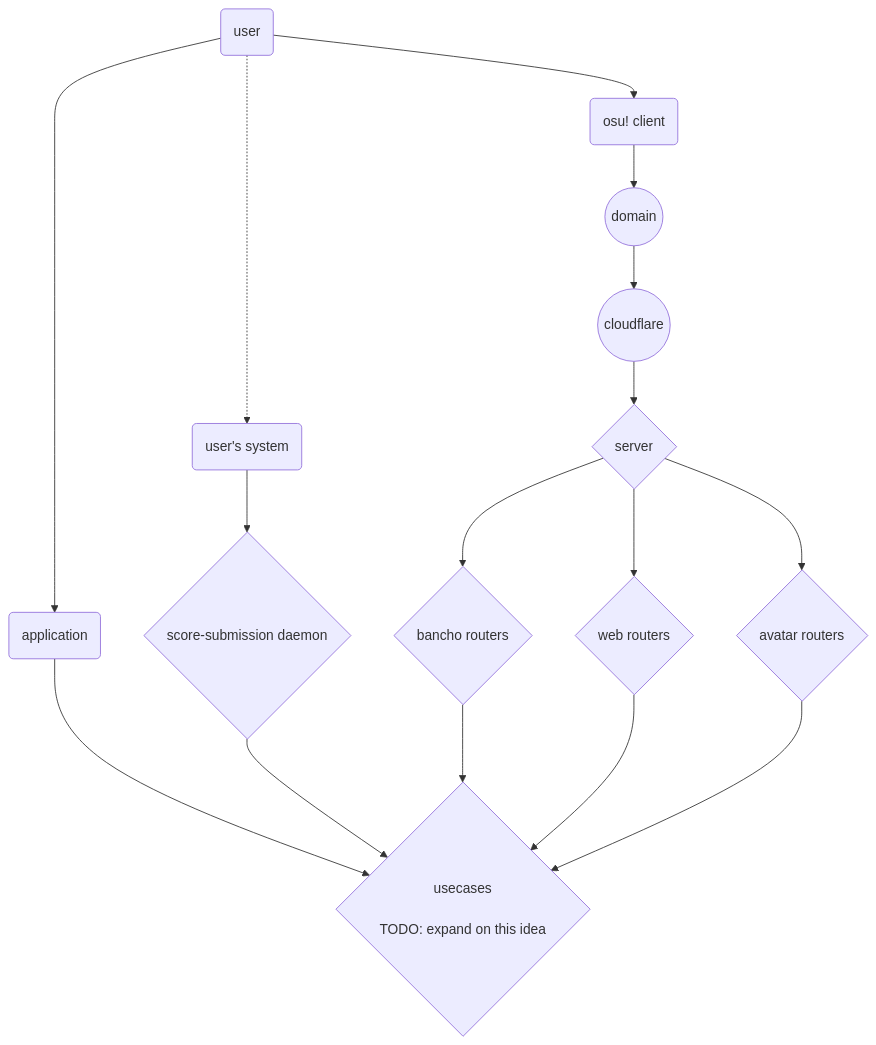
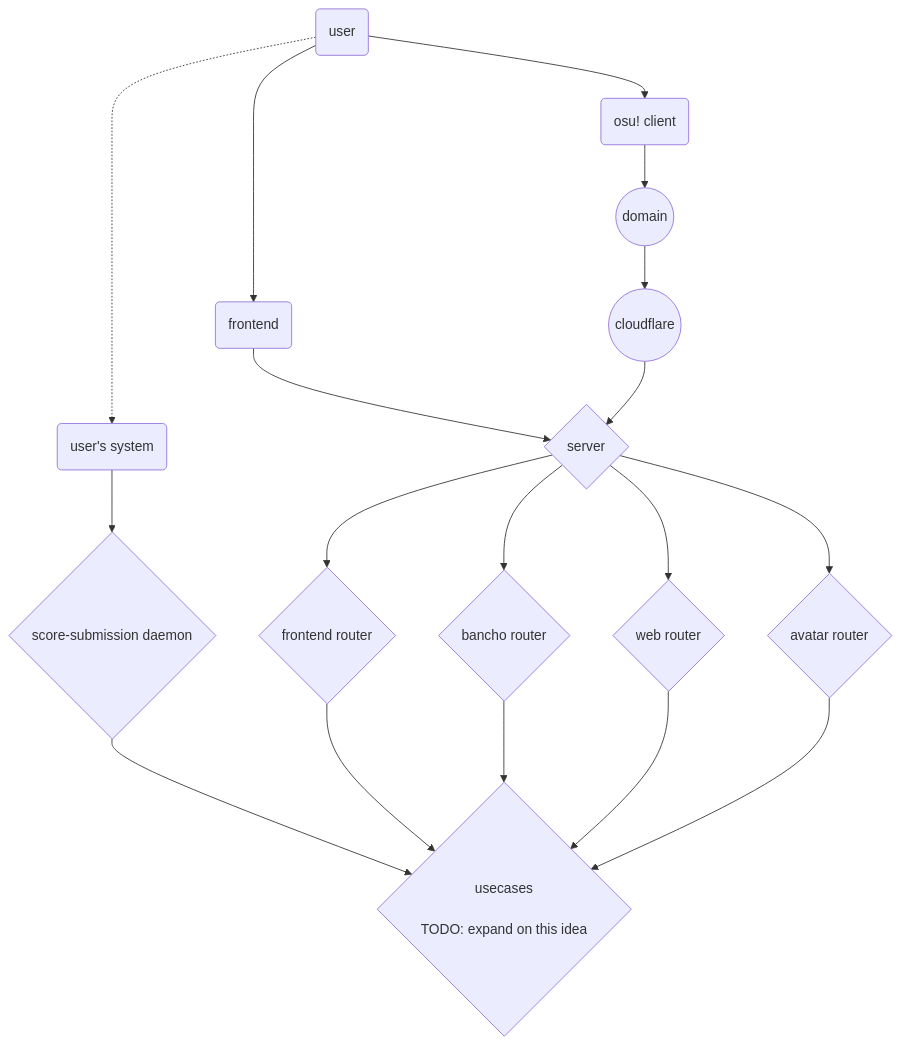
One commit to jeevanjohnson/local-osu-server changed the diagram in README.md. Above: the diagram before and after it, drawn with Mermaid.

Commit message:
rethought of the application idea
realized that having a local frontend would just be better overall

````diff
--- a/README.md
+++ b/README.md
@@ -8,27 +8,28 @@
 ```mermaid
 flowchart TB
 USER(user)
 USER_SYSTEM(user's system)
-APPLICATION(application)
+FRONTEND(frontend)
 OSU_CLIENT(osu! client)
-BANCHO_ROUTERS{bancho routers}
-WEB_ROUTERS{web routers}
-AVATAR_ROUTERS{avatar routers}
+FRONTEND_ROUTER{frontend router}
+BANCHO_ROUTER{bancho router}
+WEB_ROUTER{web router}
+AVATAR_ROUTER{avatar router}
 SERVER{server}
 SCORE_SUBMISSION_DAEMON{score-submission daemon}
 DOMAIN((domain))
 CLOUD_FLARE((cloudflare))
 USECASES{usecases\n\nTODO: expand on this idea}
 
 %% =================================
 USER -.-> USER_SYSTEM
 
-USER --> APPLICATION --> USECASES
+USER --> FRONTEND --> SERVER --> FRONTEND_ROUTER --> USECASES
 USER_SYSTEM --> SCORE_SUBMISSION_DAEMON --> USECASES
 
 USER --> OSU_CLIENT --> DOMAIN --> CLOUD_FLARE  --> SERVER
 
-SERVER --> BANCHO_ROUTERS --> USECASES
-SERVER --> WEB_ROUTERS --> USECASES
-SERVER --> AVATAR_ROUTERS --> USECASES
+SERVER --> BANCHO_ROUTER --> USECASES
+SERVER --> WEB_ROUTER --> USECASES
+SERVER --> AVATAR_ROUTER --> USECASES
 ```
````
